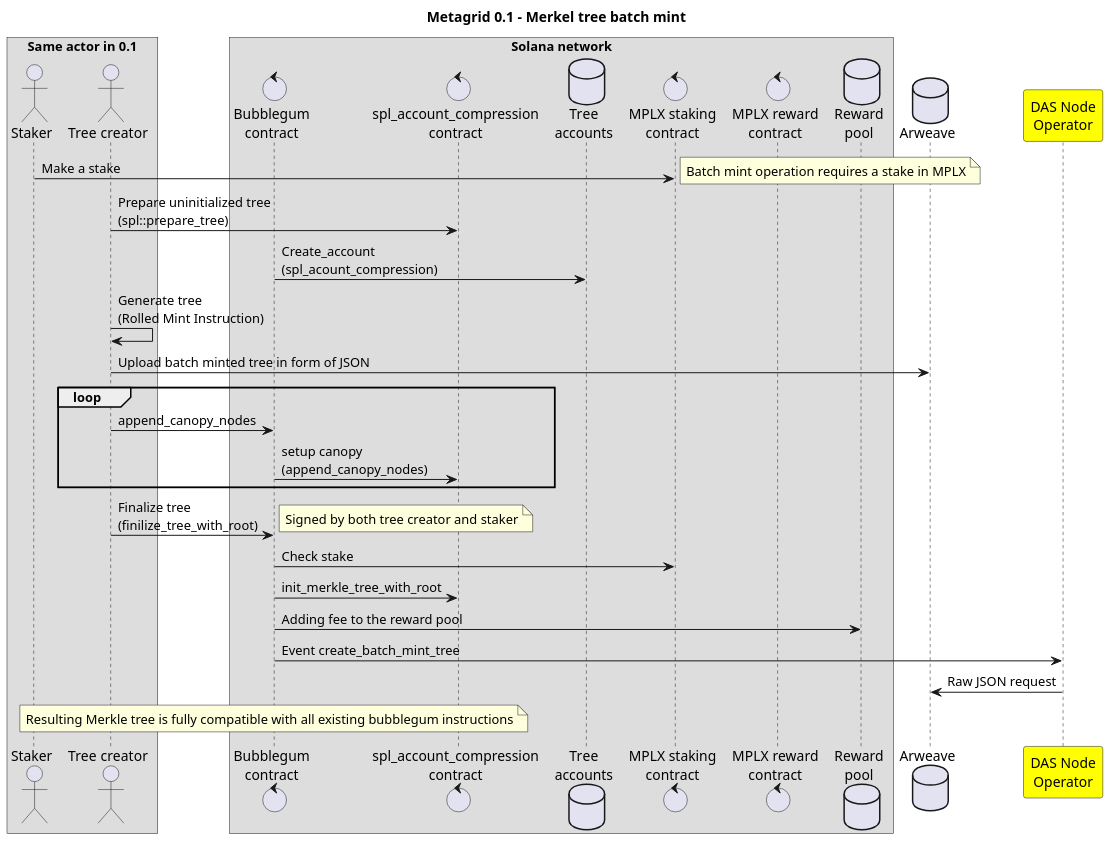
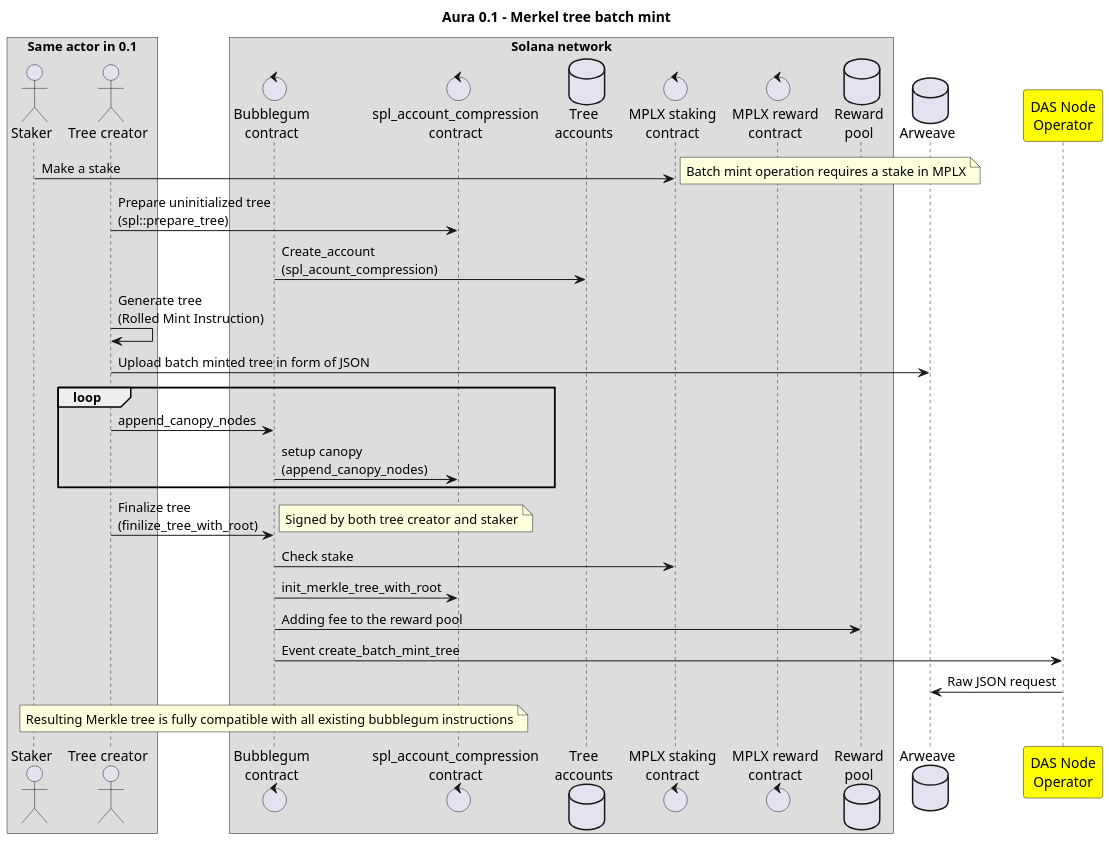
One commit to metaplex-foundation/aura changed the diagram in doc/puml/metagrid-sequence_diagram.puml. Above: the diagram before and after it, drawn with PlantUML. The commit also changed 1 other file, not shown here.

Commit message:
doc: rename metagrid -> aura

```diff
--- a/doc/puml/metagrid-sequence_diagram.puml
+++ b/doc/puml/metagrid-sequence_diagram.puml
@@ -1,59 +1,59 @@
 @startuml
-title Metagrid 0.1 - Merkel tree batch mint
+title Aura 0.1 - Merkel tree batch mint
 scale 1.5
 ' ##################
 ' ### components ###
 ' ##################
 
 box "Same actor in 0.1"
     actor "Staker" as Staker
     actor  "Tree creator" as TreeCreator
 end box
 box "Solana network"
     control "Bubblegum\ncontract"  as Bubblegum
     control "spl_account_compression\ncontract" as SplAccountCompression
     database "Tree\naccounts" as Solana
     control "MPLX staking\ncontract" as StakingContract
     control "MPLX reward\ncontract" as RewardContract
     database "Reward\npool" as RewardPool
 end box
 database "Arweave" as Arweave
 participant "DAS Node\nOperator" as DASNode #yellow
 
 ' ####################
 ' ### interactions ###
 ' ####################
 
 Staker -> StakingContract : Make a stake
 note right
   Batch mint operation requires a stake in MPLX
 end note
 
 
 TreeCreator -> SplAccountCompression : Prepare uninitialized tree\n(spl::prepare_tree)
 Bubblegum -> Solana : Create_account\n(spl_acount_compression)
 
 TreeCreator -> TreeCreator : Generate tree\n(Rolled Mint Instruction)
 TreeCreator -> Arweave : Upload batch minted tree in form of JSON
 
 loop
   TreeCreator -> Bubblegum: append_canopy_nodes
   Bubblegum -> SplAccountCompression : setup canopy\n(append_canopy_nodes)
 end
 TreeCreator -> Bubblegum : Finalize tree\n(finilize_tree_with_root)
 note right
   Signed by both tree creator and staker
 end note
 
 Bubblegum -> StakingContract : Check stake
 Bubblegum -> SplAccountCompression : init_merkle_tree_with_root
 Bubblegum -> RewardPool : Adding fee to the reward pool
 
 Bubblegum -> DASNode : Event create_batch_mint_tree
 DASNode -> Arweave : Raw JSON request
 
 note over Bubblegum
 Resulting Merkle tree is fully compatible with all existing bubblegum instructions
 end note
 
 @enduml
```
